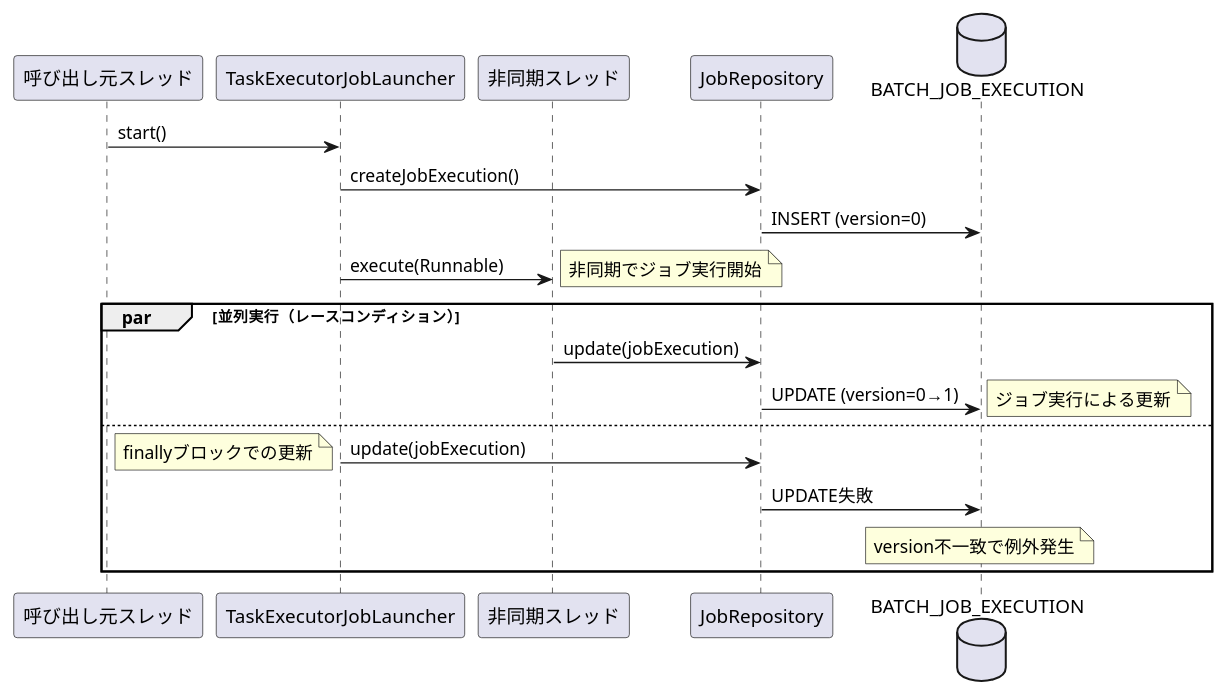
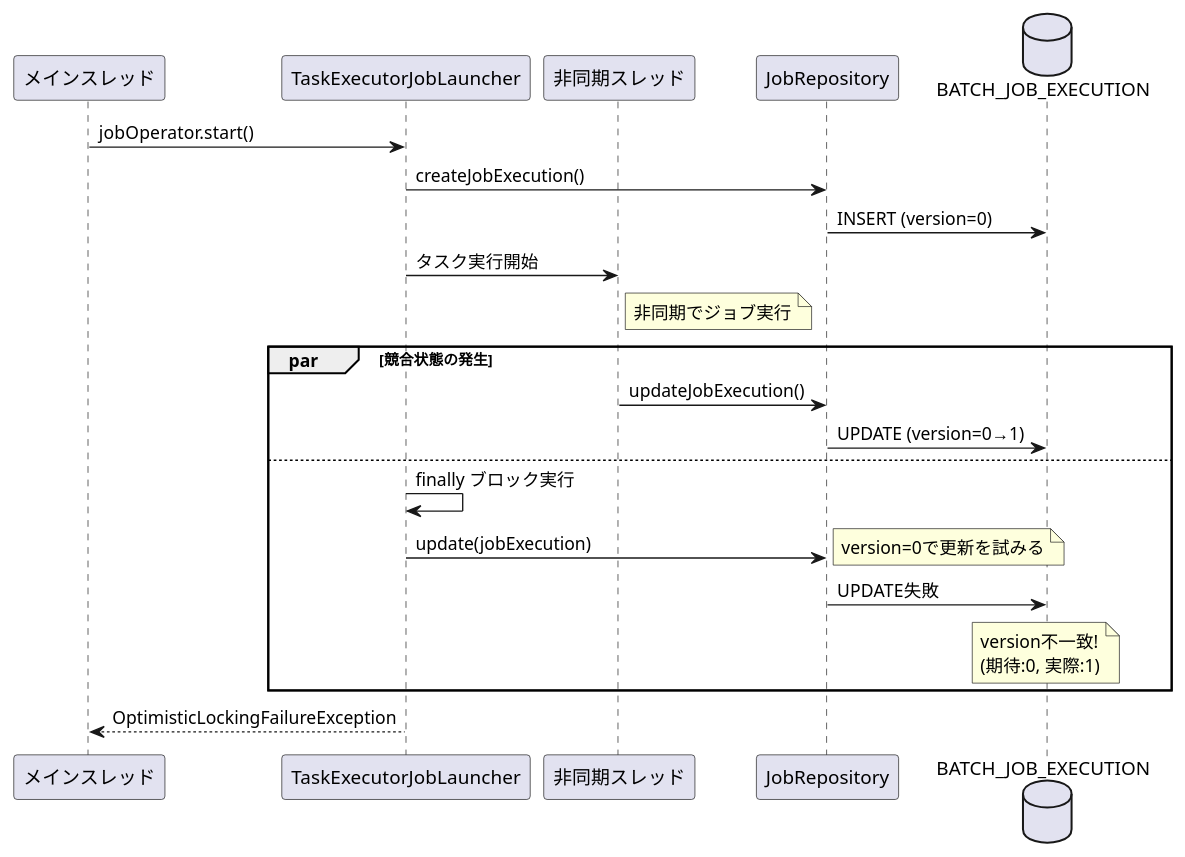
The first of 2 diagrams in output/spring-batch/6.0.2/all/current/markdown/issues_summary/issue_5106.md (mochimoching/github_issue_translate), drawn with PlantUML before and after one commit. The commit also changed other lines of this file and 63 other files, not shown here.

````diff
--- a/output/spring-batch/6.0.2/all/current/markdown/issues_summary/issue_5106.md
+++ b/output/spring-batch/6.0.2/all/current/markdown/issues_summary/issue_5106.md
@@ -13,27 +13,29 @@
 ```plantuml
 @startuml
-participant "呼び出し元スレッド" as Caller
+participant "メインスレッド" as Main
 participant "TaskExecutorJobLauncher" as Launcher
 participant "非同期スレッド" as Async
 participant "JobRepository" as Repo
 database "BATCH_JOB_EXECUTION" as DB
 
-Caller -> Launcher: start()
+Main -> Launcher: jobOperator.start()
 Launcher -> Repo: createJobExecution()
 Repo -> DB: INSERT (version=0)
-Launcher -> Async: execute(Runnable)
-note right: 非同期でジョブ実行開始
+Launcher -> Async: タスク実行開始
+note right of Async: 非同期でジョブ実行
 
-par 並列実行（レースコンディション）
-    Async -> Repo: update(jobExecution)
-    Repo -> DB: UPDATE (version=0→1)
-    note right: ジョブ実行による更新
+par 競合状態の発生
+  Async -> Repo: updateJobExecution()
+  Repo -> DB: UPDATE (version=0→1)
 else
-    Launcher -> Repo: update(jobExecution)
-    note left: finallyブロックでの更新
-    Repo -> DB: UPDATE失敗
-    note over DB: version不一致で例外発生
+  Launcher -> Launcher: finally ブロック実行
+  Launcher -> Repo: update(jobExecution)
+  note right: version=0で更新を試みる
+  Repo -> DB: UPDATE失敗
+  note over DB: version不一致!\n(期待:0, 実際:1)
 end
+
+Launcher --> Main: OptimisticLockingFailureException
 
 @enduml
 ```
````
